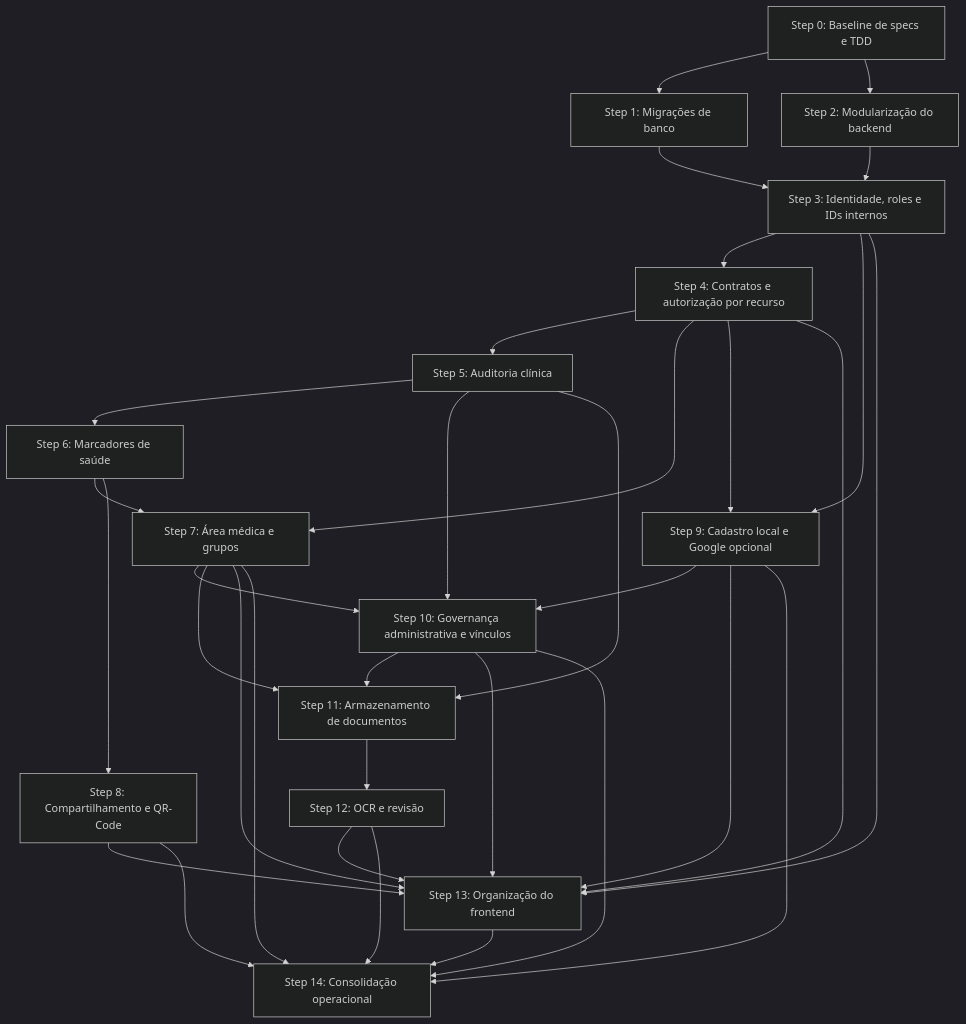
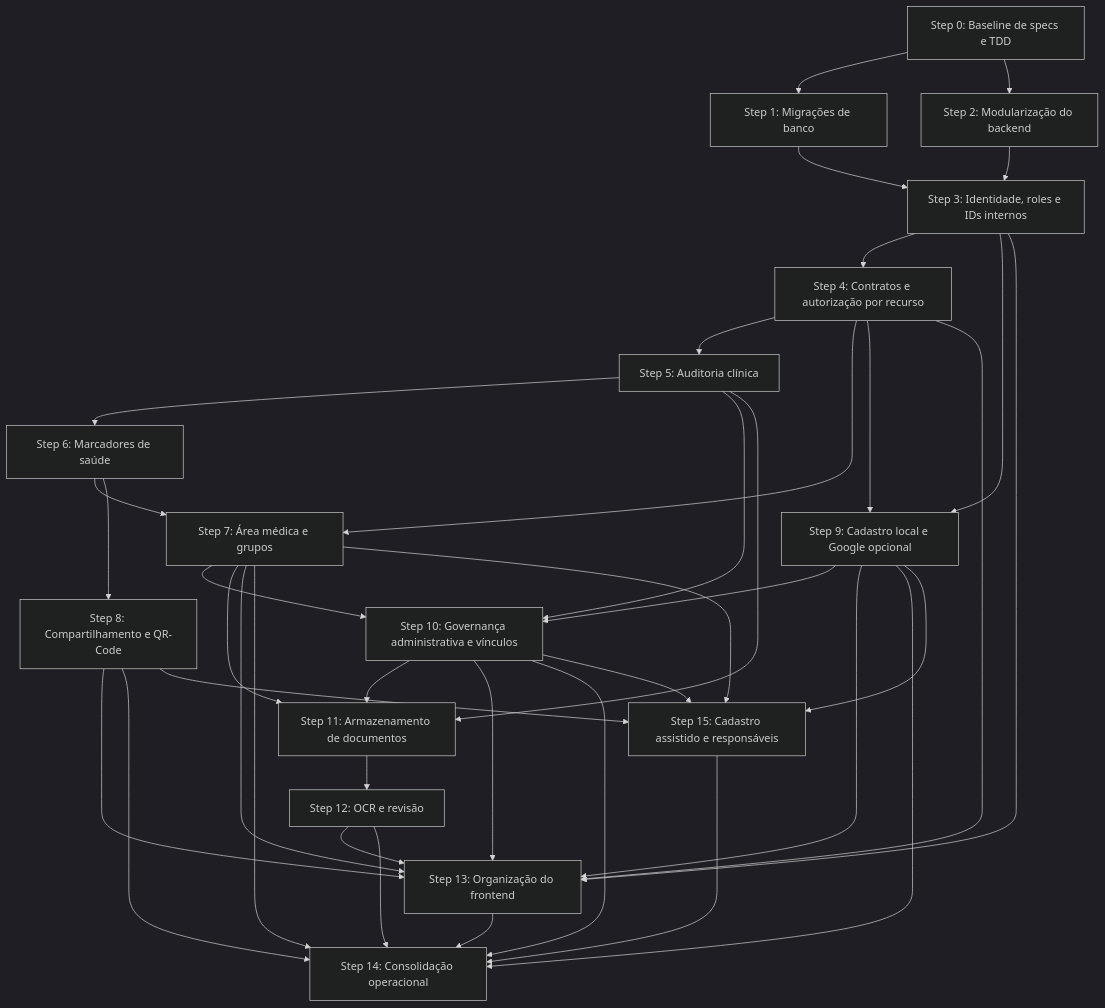
The diagram in docs/architecture-evolution-plan.md (PedronSol/Documento-Unificado-De-Saude), drawn with Mermaid (dark theme) before and after one commit. The commit also changed other lines of this file and 2 other files, not shown here.

````diff
--- a/docs/architecture-evolution-plan.md
+++ b/docs/architecture-evolution-plan.md
@@ -132,51 +132,57 @@
 ```mermaid
 flowchart TD
     S0[Step 0: Baseline de specs e TDD]
     S1[Step 1: Migrações de banco]
     S2[Step 2: Modularização do backend]
     S3[Step 3: Identidade, roles e IDs internos]
     S4[Step 4: Contratos e autorização por recurso]
     S5[Step 5: Auditoria clínica]
     S6[Step 6: Marcadores de saúde]
     S7[Step 7: Área médica e grupos]
     S8[Step 8: Compartilhamento e QR-Code]
     S9[Step 9: Cadastro local e Google opcional]
     S10[Step 10: Governança administrativa e vínculos]
     S11[Step 11: Armazenamento de documentos]
     S12[Step 12: OCR e revisão]
     S13[Step 13: Organização do frontend]
     S14[Step 14: Consolidação operacional]
+    S15[Step 15: Cadastro assistido e responsáveis]
 
     S0 --> S1
     S0 --> S2
     S1 --> S3
     S2 --> S3
     S3 --> S4
     S4 --> S5
     S5 --> S6
     S6 --> S7
     S6 --> S8
     S4 --> S7
     S3 --> S9
     S4 --> S9
     S5 --> S10
     S7 --> S10
     S9 --> S10
     S5 --> S11
     S7 --> S11
     S10 --> S11
     S11 --> S12
     S3 --> S13
     S4 --> S13
     S7 --> S13
     S8 --> S13
     S9 --> S13
     S10 --> S13
     S12 --> S13
     S7 --> S14
     S8 --> S14
     S9 --> S14
     S10 --> S14
     S12 --> S14
     S13 --> S14
+    S7 --> S15
+    S9 --> S15
+    S10 --> S15
+    S8 --> S15
+    S15 --> S14
 ```
````
